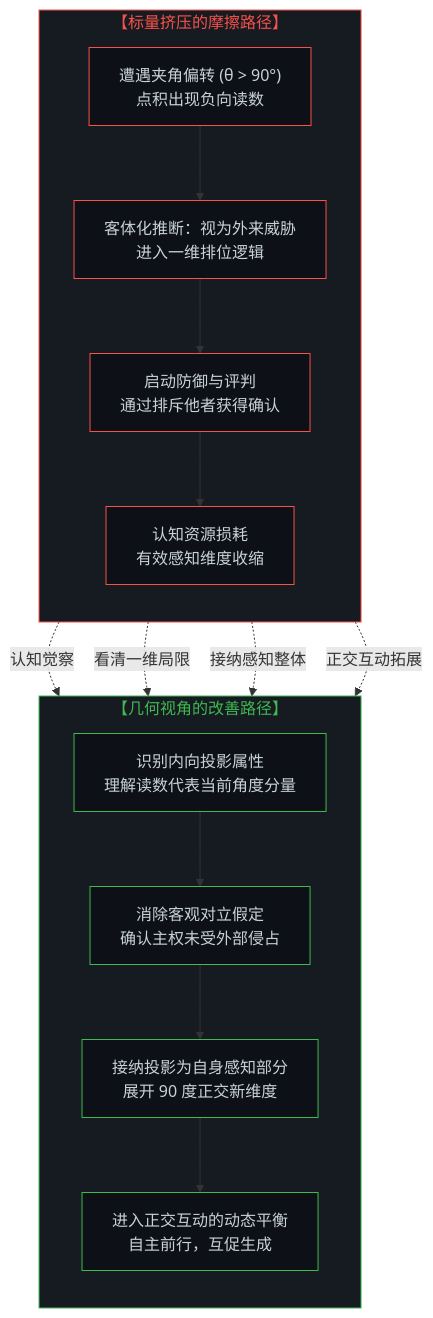
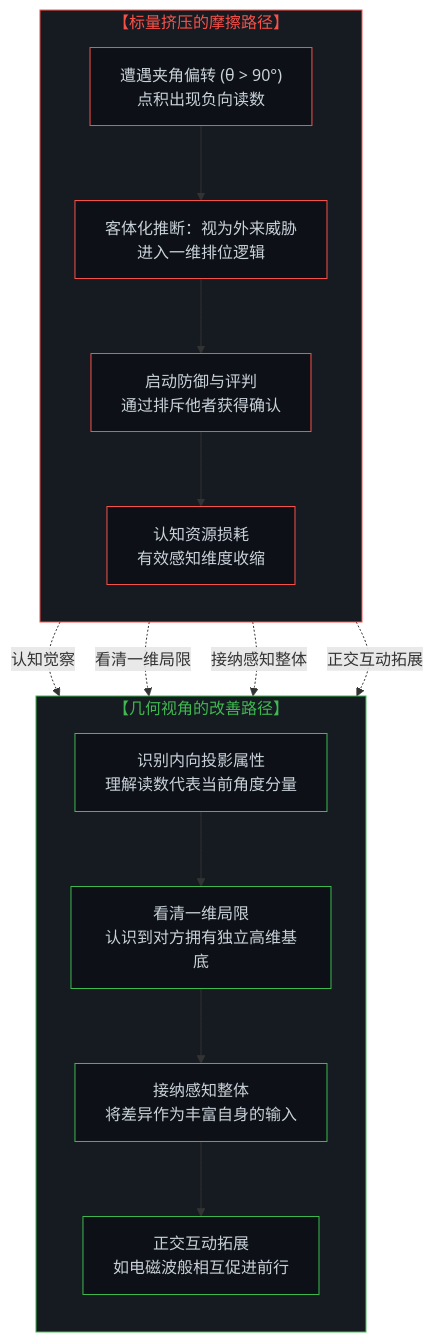
The third of 4 diagrams in content/posts/the-mind-as-vector-and-coordinate-system.md (powerpig99/not-a-toe), drawn with Mermaid before and after one commit. The commit also changed other lines of this file and 8 other files, not shown here.

````diff
--- a/content/posts/the-mind-as-vector-and-coordinate-system.md
+++ b/content/posts/the-mind-as-vector-and-coordinate-system.md
@@ -167,36 +167,36 @@
 ```mermaid
 graph TD
     subgraph Conflict["【标量挤压的摩擦路径】"]
         direction TB
         C1["遭遇夹角偏转 (θ > 90°)<br>点积出现负向读数"]
         C2["客体化推断：视为外来威胁<br>进入一维排位逻辑"]
         C3["启动防御与评判<br>通过排斥他者获得确认"]
         C4["认知资源损耗<br>有效感知维度收缩"]
         C1 --> C2 --> C3 --> C4
     end
 
     subgraph Resolution["【几何视角的改善路径】"]
         direction TB
         D1["识别内向投影属性<br>理解读数代表当前角度分量"]
-        D2["消除客观对立假定<br>确认主权未受外部侵占"]
-        D3["接纳投影为自身感知部分<br>展开 90 度正交新维度"]
-        D4["进入正交互动的动态平衡<br>自主前行，互促生成"]
+        D2["看清一维局限<br>认识到对方拥有独立高维基底"]
+        D3["接纳感知整体<br>将差异作为丰富自身的输入"]
+        D4["正交互动拓展<br>如电磁波般相互促进前行"]
         D1 --> D2 --> D3 --> D4
     end
 
     C1 -.->|"认知觉察"| D1
     C2 -.->|"看清一维局限"| D2
     C3 -.->|"接纳感知整体"| D3
     C4 -.->|"正交互动拓展"| D4
 
     style Conflict fill:#161b22,stroke:#f85149,stroke-width:1px,color:#f85149
     style Resolution fill:#161b22,stroke:#3fb950,stroke-width:1px,color:#3fb950
     style C1 fill:#0d1117,stroke:#f85149,stroke-width:1px,color:#c9d1d9
     style C2 fill:#0d1117,stroke:#f85149,stroke-width:1px,color:#c9d1d9
     style C3 fill:#0d1117,stroke:#f85149,stroke-width:1px,color:#c9d1d9
     style C4 fill:#0d1117,stroke:#f85149,stroke-width:1px,color:#c9d1d9
     style D1 fill:#0d1117,stroke:#3fb950,stroke-width:1px,color:#c9d1d9
     style D2 fill:#0d1117,stroke:#3fb950,stroke-width:1px,color:#c9d1d9
     style D3 fill:#0d1117,stroke:#3fb950,stroke-width:1px,color:#c9d1d9
     style D4 fill:#0d1117,stroke:#3fb950,stroke-width:1px,color:#c9d1d9
 ```
````
